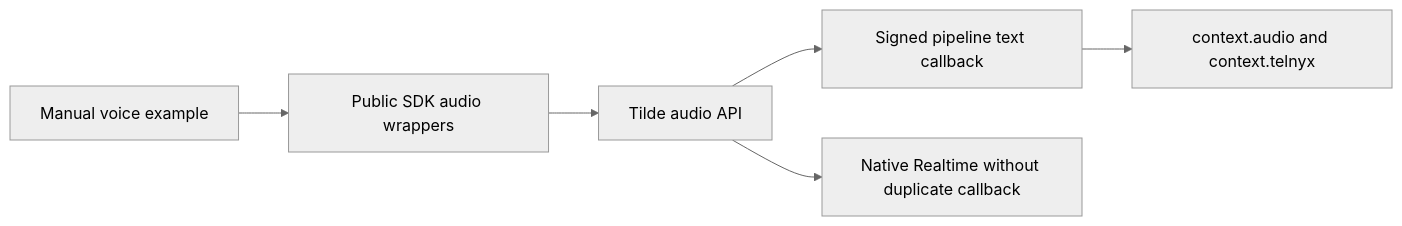
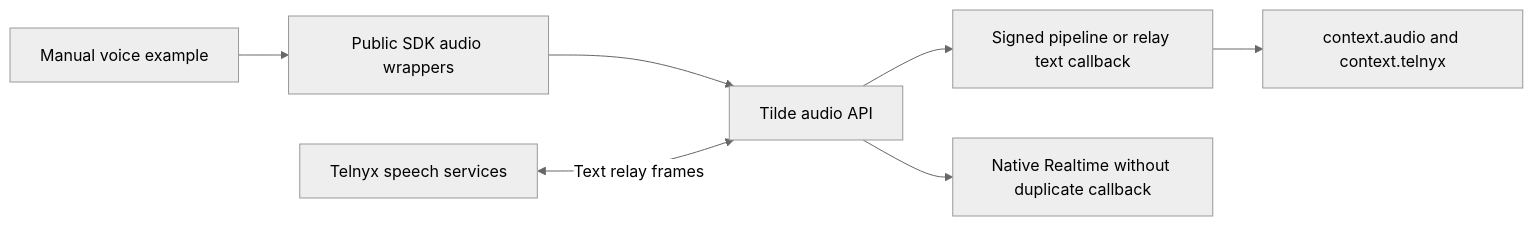
The diagram in docs/updates/155.md (trytilde/dispatch), drawn with Mermaid (neutral theme) before and after one commit. The commit also changed other lines of this file and 16 other files, not shown here.

Commit message:
feat(sdk): support Telnyx Conversation Relay

````diff
--- a/docs/updates/155.md
+++ b/docs/updates/155.md
@@ -16,8 +17,9 @@
 ```mermaid
 flowchart LR
   Example[Manual voice example] --> SDK[Public SDK audio wrappers]
   SDK --> API[Tilde audio API]
-  API --> Callback[Signed pipeline text callback]
+  API --> Callback[Signed pipeline or relay text callback]
+  Carrier[Telnyx speech services] <-->|Text relay frames| API
   Callback --> Context[context.audio and context.telnyx]
   API --> Native[Native Realtime without duplicate callback]
 ```
````
